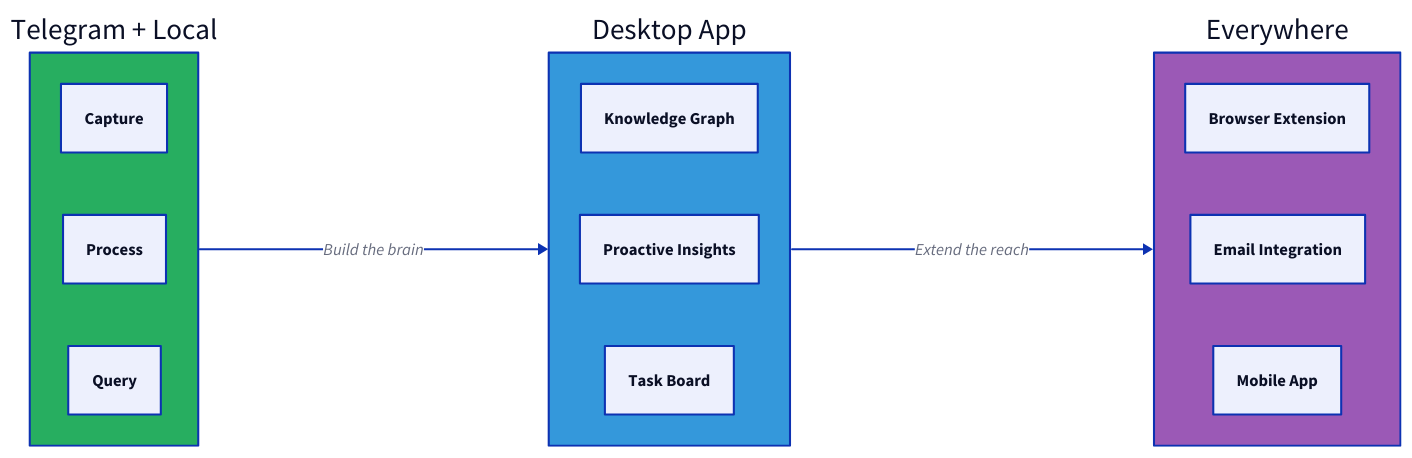
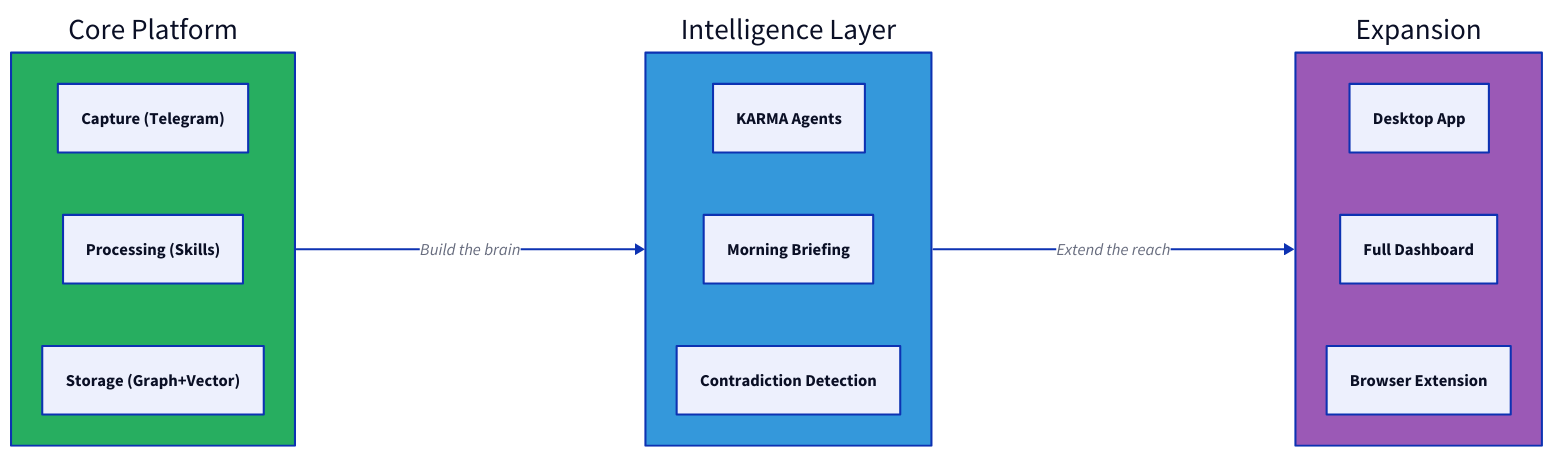
The fourth of 4 diagrams in PRODUCT_CONCEPT.md (brucemckayone/knowledge-memory-system), drawn with D2 before and after one commit. The commit also changed other lines of this file and 1 other file, not shown here.

````diff
--- a/PRODUCT_CONCEPT.md
+++ b/PRODUCT_CONCEPT.md
@@ -277,28 +313,28 @@
 ```d2
 direction: right
 
-v1: Telegram + Local {
-  Capture
-  Process
-  Query
+v1: Core Platform {
+  Capture (Telegram)
+  Processing (Skills)
+  Storage (Graph+Vector)
 }
 
-v2: Desktop App {
-  Knowledge Graph
-  Proactive Insights
-  Task Board
+v2: Intelligence Layer {
+  KARMA Agents
+  Morning Briefing
+  Contradiction Detection
 }
 
-v3: Everywhere {
+v3: Expansion {
+  Desktop App
+  Full Dashboard
   Browser Extension
-  Email Integration
-  Mobile App
 }
 
 v1 -> v2: Build the brain
 v2 -> v3: Extend the reach
 
 v1.style.fill: "#27AE60"
 v2.style.fill: "#3498DB"
 v3.style.fill: "#9B59B6"
 ```
````
